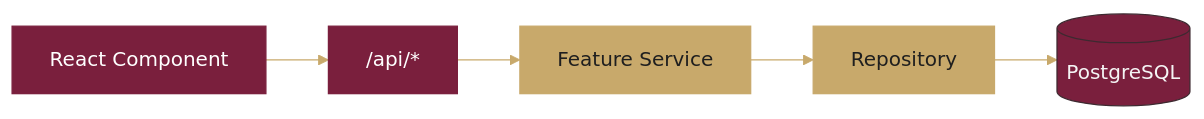
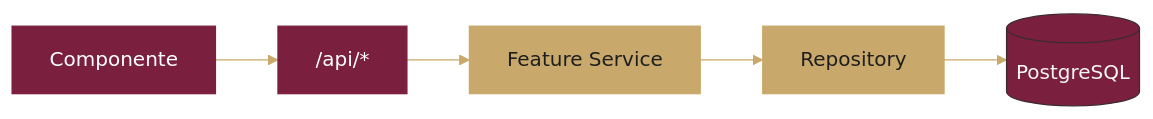
Before and after one commit to LaoraSad/omegaComplex: the third of 8 diagrams in README.md, drawn with Mermaid. The commit also changed other lines of this file and 3 other files, not shown here.

````diff
--- a/README.md
+++ b/README.md
@@ -221,9 +220,9 @@
 ```mermaid
 %%{init: {'theme':'base','themeVariables':{'primaryColor':'#7A1F3D','primaryTextColor':'#F5F5F5','lineColor':'#C8A96B'}}}%%
 flowchart LR
-    Component["React Component"] --> API["/api/*"] --> Service["Feature Service"] --> Repository --> DB[("PostgreSQL")]
+    Component["Componente"] --> API["/api/*"] --> Service["Feature Service"] --> Repository --> DB[("PostgreSQL")]
     classDef primary fill:#7A1F3D,color:#fff,stroke:#7A1F3D;
     classDef accent fill:#C8A96B,color:#1F1F1F,stroke:#C8A96B;
     class Component,API primary;
     class Service,Repository accent;
 ```
````
